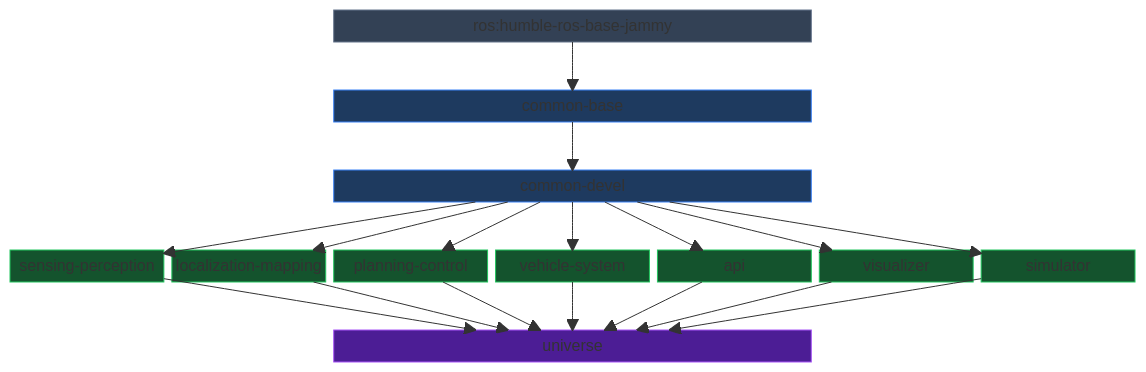
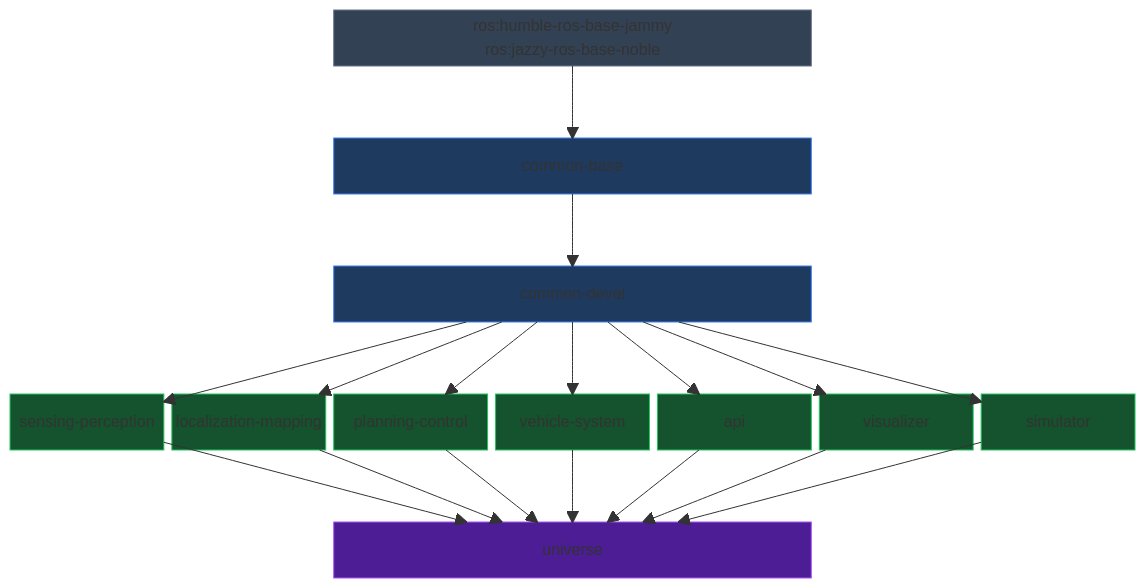
One commit to NEWSLabNTU/openadkit changed the diagram in components/README.md. Above: the diagram before and after it, drawn with Mermaid. The commit also changed 6 other files, not shown here.

First line of the commit message:
feat: add support for multi-architecture to CI (#54)

````diff
--- a/components/README.md
+++ b/components/README.md
@@ -9,51 +9,51 @@
 ```mermaid
 block-beta
     columns 7
 
-    space:2 ROS["ros:humble-ros-base-jammy"]:3 space:2
+    space:2 ROS["ros:humble-ros-base-jammy<br/>ros:jazzy-ros-base-noble"]:3 space:2
 
     space:7
 
     space:2 CB["common-base"]:3 space:2
 
     space:7
 
     space:2 CD["common-devel"]:3 space:2
 
     space:7
 
     SP["sensing-perception"] LM["localization-mapping"] PC["planning-control"] VS["vehicle-system"] API["api"] VIZ["visualizer"] SIM["simulator"]
 
     space:7
 
     space:2 UNI["universe"]:3 space:2
 
     ROS --> CB
     CB --> CD
     CD --> SP
     CD --> LM
     CD --> PC
     CD --> VS
     CD --> API
     CD --> VIZ
     CD --> SIM
     SP --> UNI
     LM --> UNI
     PC --> UNI
     VS --> UNI
     API --> UNI
     VIZ --> UNI
     SIM --> UNI
 
     style ROS fill:#334155,stroke:#64748b,color:#e2e8f0
     style CB fill:#1e3a5f,stroke:#3b82f6,color:#bfdbfe
     style CD fill:#1e3a5f,stroke:#3b82f6,color:#bfdbfe
     style SP fill:#14532d,stroke:#22c55e,color:#bbf7d0
     style LM fill:#14532d,stroke:#22c55e,color:#bbf7d0
     style PC fill:#14532d,stroke:#22c55e,color:#bbf7d0
     style VS fill:#14532d,stroke:#22c55e,color:#bbf7d0
     style API fill:#14532d,stroke:#22c55e,color:#bbf7d0
     style VIZ fill:#14532d,stroke:#22c55e,color:#bbf7d0
     style SIM fill:#14532d,stroke:#22c55e,color:#bbf7d0
     style UNI fill:#4c1d95,stroke:#a855f7,color:#e9d5ff
 ```
````
